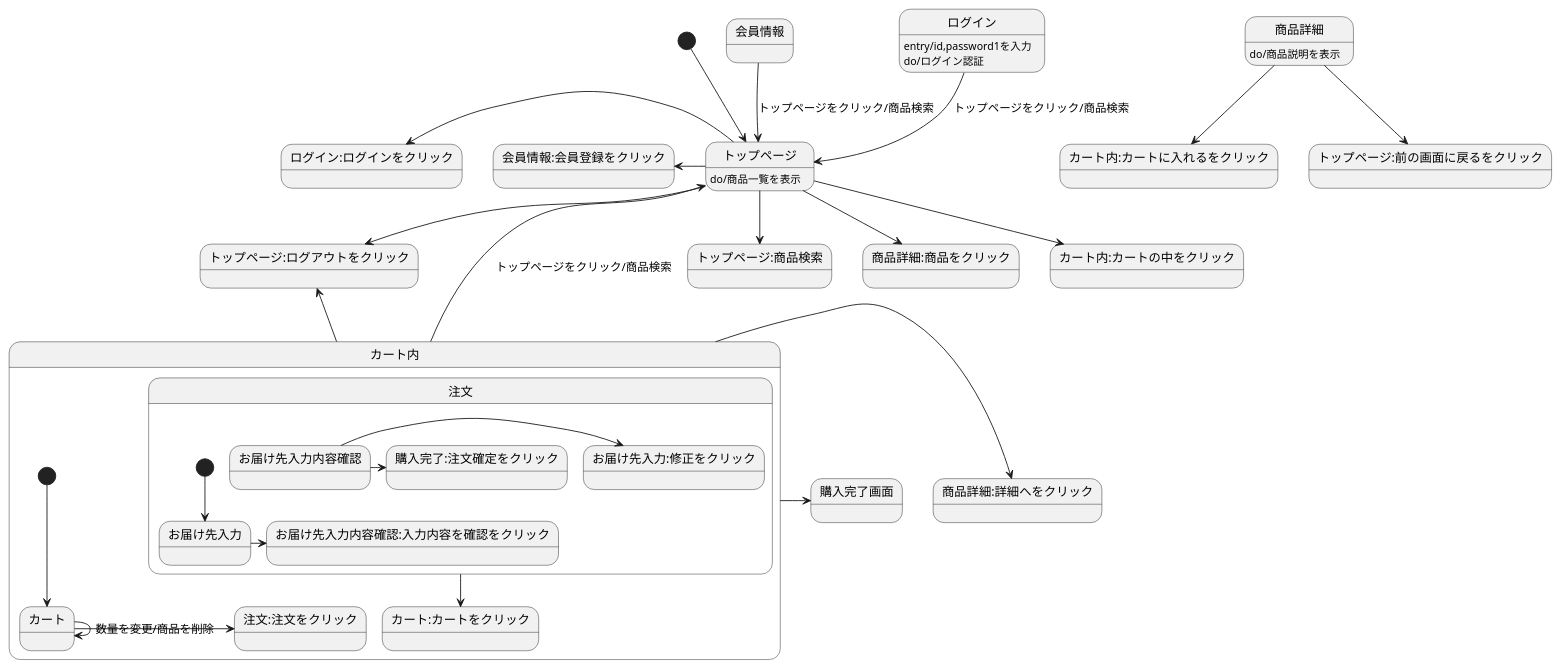
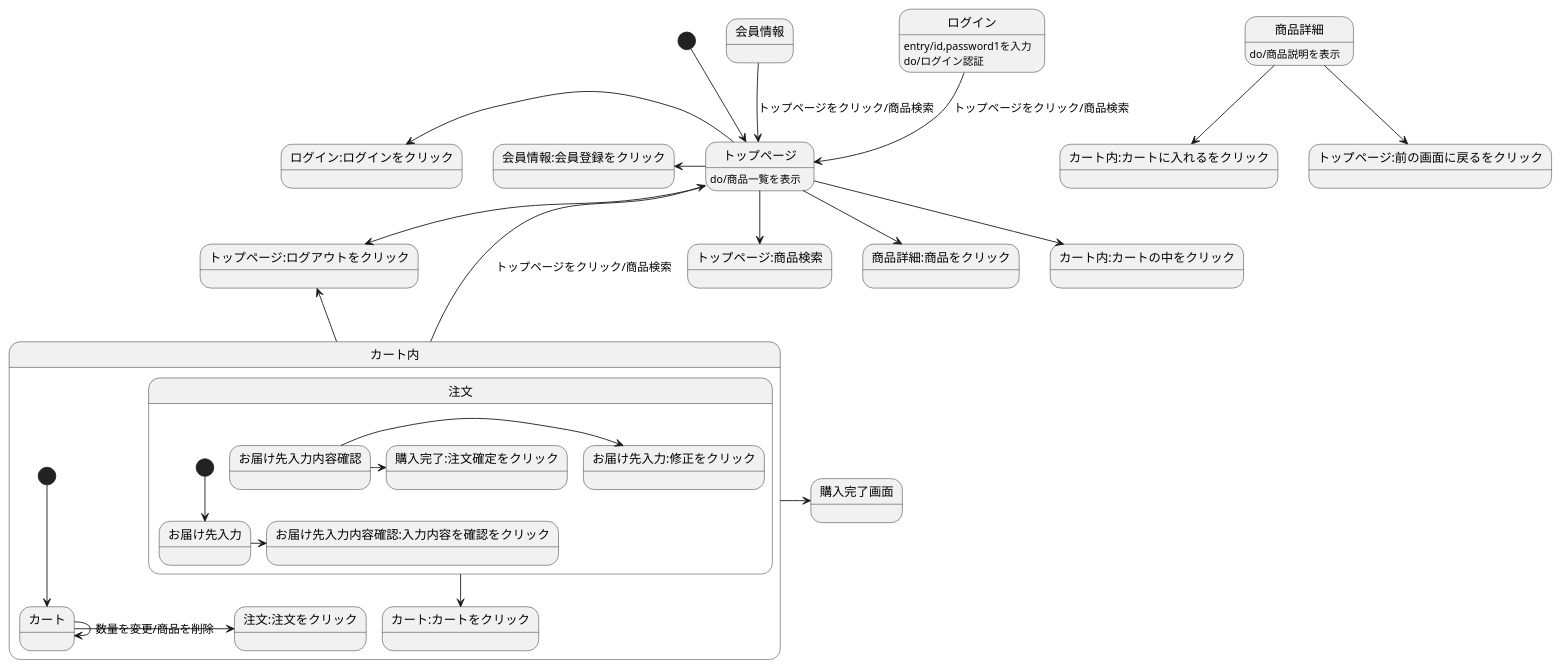
The diagram in 画面遷移図.md (Aso2001224/2021sys-design), drawn with PlantUML before and after one commit.

````diff
--- a/画面遷移図.md
+++ b/画面遷移図.md
@@ -1,35 +1,34 @@
 ```uml
 @startuml
 [*] --> トップページ
 会員情報--> トップページ:トップページをクリック/商品検索
 ログイン--> トップページ:トップページをクリック/商品検索
 ログイン:entry/id,password1を入力
 ログイン:do/ログイン認証
 トップページ-->トップページ:ログアウトをクリック
 トップページ-->トップページ:商品検索
 トップページ-->商品詳細:商品をクリック
 トップページ-left-> 会員情報:会員登録をクリック
 トップページ-left->ログイン:ログインをクリック
 トップページ-->カート内:カートの中をクリック
 トップページ:do/商品一覧を表示
 商品詳細-->カート内:カートに入れるをクリック
 商品詳細-->トップページ:前の画面に戻るをクリック
 商品詳細:do/商品説明を表示
 カート内-up->トップページ:トップページをクリック/商品検索
 カート内-up->トップページ:ログアウトをクリック
-カート内->商品詳細:詳細へをクリック
 カート内->購入完了画面
 state カート内{
 [*]-->カート
 カート->注文:注文をクリック
 カート-> カート:数量を変更/商品を削除
 注文-->カート:カートをクリック
 state 注文{
 [*]-->お届け先入力
 お届け先入力->お届け先入力内容確認:入力内容を確認をクリック
 お届け先入力内容確認-> お届け先入力:修正をクリック
 お届け先入力内容確認->購入完了:注文確定をクリック
 }
 }
 @enduml
 ```
````
